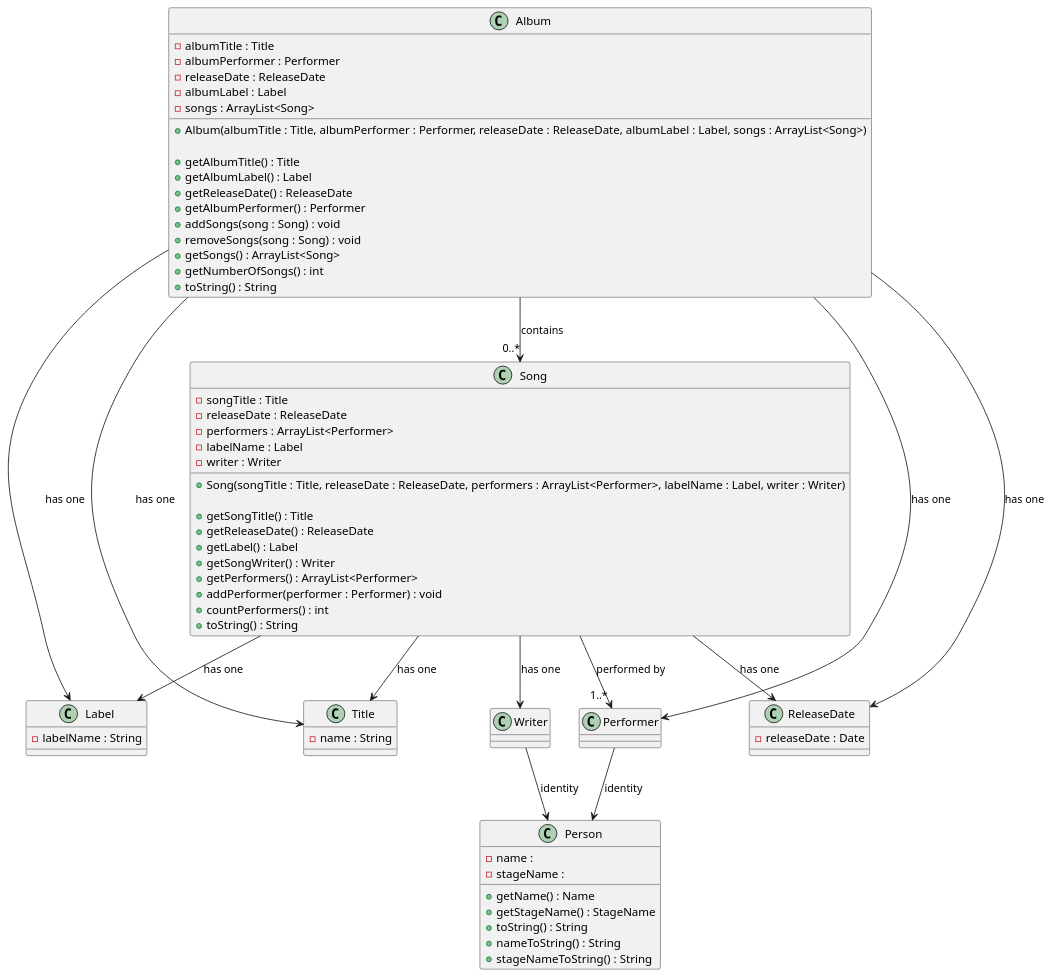
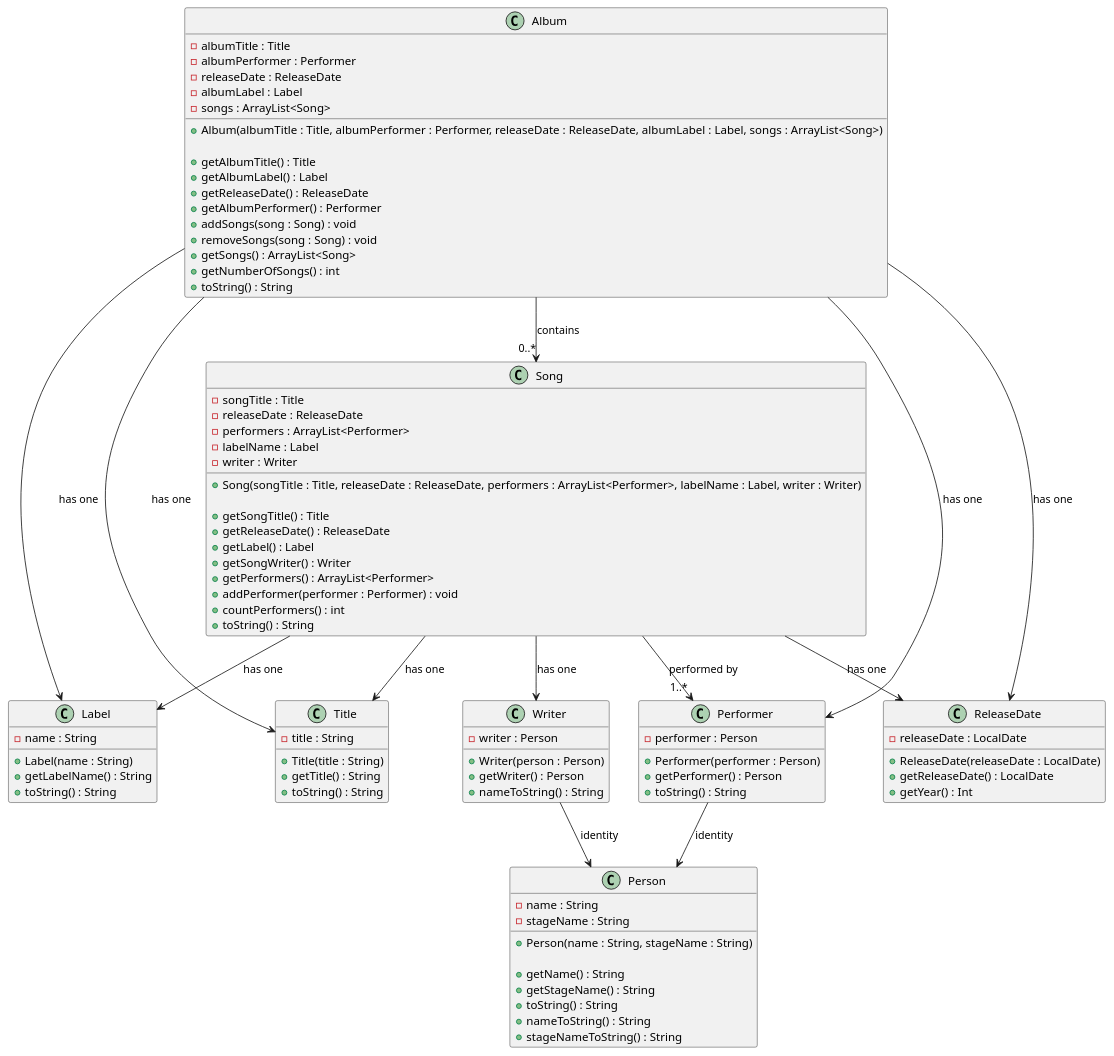
The diagram in src/main/java/Structure_Diagram.puml (VivianSandlerISEP/CreatingAlbumsExercise), drawn with PlantUML before and after one commit. The commit also changed 1 other file, not shown here.

Commit message:
Plant.uml

```diff
--- a/src/main/java/Structure_Diagram.puml
+++ b/src/main/java/Structure_Diagram.puml
@@ -1,92 +1,118 @@
 @startuml
 
 ' Simple classes
 class Title {
-    - name : String
+    - title : String
+
+    + Title(title : String)
+    + getTitle() : String
+    + toString() : String
 }
 class Label {
-    - labelName : String
+    - name : String
+
+    + Label(name : String)
+    + getLabelName() : String
+    + toString() : String
 }
 class ReleaseDate {
-    - releaseDate : Date
+    - releaseDate : LocalDate
+
+    + ReleaseDate(releaseDate : LocalDate)
+    + getReleaseDate() : LocalDate
+    + getYear() : Int
 }
 
 ' Person class
 class Person {
-    - name :
-    - stageName :
+    - name : String
+    - stageName : String
 
-    + getName() : Name
-    + getStageName() : StageName
+    + Person(name : String, stageName : String)
+
+    + getName() : String
+    + getStageName() : String
     + toString() : String
     + nameToString() : String
     + stageNameToString() : String
 }
 
 ' Performer and Writer are roles connected to Person
 class Performer {
+    - performer : Person
+
+    + Performer(performer : Person)
+    + getPerformer() : Person
+    + toString() : String
+
 }
 class Writer {
+    - writer : Person
+
+    + Writer(person : Person)
+    + getWriter() : Person
+    + nameToString() : String
+
 }
 
 Performer --> Person : identity
 Writer --> Person : identity
 
 ' Album class
 class Album {
 
      - albumTitle : Title
      - albumPerformer : Performer
      - releaseDate : ReleaseDate
      - albumLabel : Label
      - songs : ArrayList<Song>
 
      + Album(albumTitle : Title, albumPerformer : Performer, releaseDate : ReleaseDate, albumLabel : Label, songs : ArrayList<Song>)
 
      + getAlbumTitle() : Title
      + getAlbumLabel() : Label
      + getReleaseDate() : ReleaseDate
      + getAlbumPerformer() : Performer
      + addSongs(song : Song) : void
      + removeSongs(song : Song) : void
      + getSongs() : ArrayList<Song>
      + getNumberOfSongs() : int
      + toString() : String
 
 }
 
 Album --> Title : has one
 Album --> Label : has one
 Album --> ReleaseDate : has one
 Album --> Performer : has one
 Album --> "0..*" Song : contains
 
 ' Song class
 class Song {
 
     - songTitle : Title
     - releaseDate : ReleaseDate
     - performers : ArrayList<Performer>
     - labelName : Label
     - writer : Writer
 
     + Song(songTitle : Title, releaseDate : ReleaseDate, performers : ArrayList<Performer>, labelName : Label, writer : Writer)
 
     + getSongTitle() : Title
     + getReleaseDate() : ReleaseDate
     + getLabel() : Label
     + getSongWriter() : Writer
     + getPerformers() : ArrayList<Performer>
     + addPerformer(performer : Performer) : void
     + countPerformers() : int
     + toString() : String
 
 }
 
 Song --> Title : has one
 Song --> Label : has one
 Song --> ReleaseDate : has one
 Song --> Writer : has one
 Song --> "1..*" Performer : performed by
 
 @enduml
```
